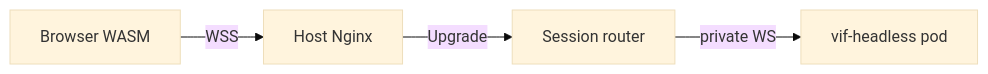
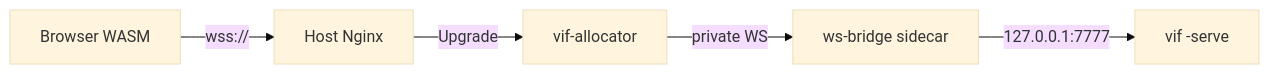
One commit to lixenwraith/vi-fighter changed the diagram in doc/multi-platform.md. Above: the diagram before and after it, drawn with Mermaid (base theme). The commit also changed other lines of this file and 37 other files, not shown here.

````diff
--- a/doc/multi-platform.md
+++ b/doc/multi-platform.md
@@ -188,6 +194,7 @@
 ```mermaid
 flowchart LR
-    Browser["Browser WASM"] -->|"WSS"| Nginx["Host Nginx"]
-    Nginx -->|"Upgrade"| Allocator["Session router"]
-    Allocator -->|"private WS"| Pod["vif-headless pod"]
+    Browser["Browser WASM"] -->|"wss://"| Nginx["Host Nginx"]
+    Nginx -->|"Upgrade"| Allocator["vif-allocator"]
+    Allocator -->|"private WS"| Bridge["ws-bridge sidecar"]
+    Bridge -->|"127.0.0.1:7777"| Pod["vif -serve"]
 ```
````
